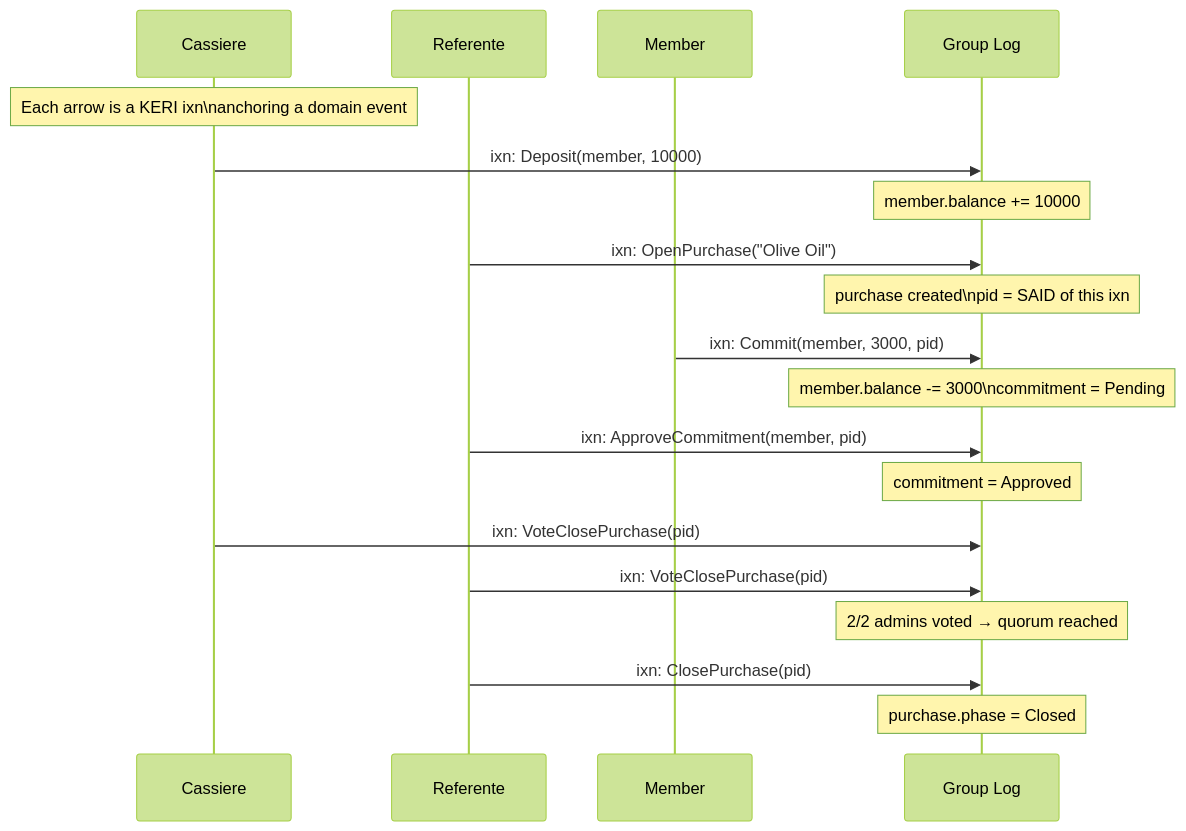
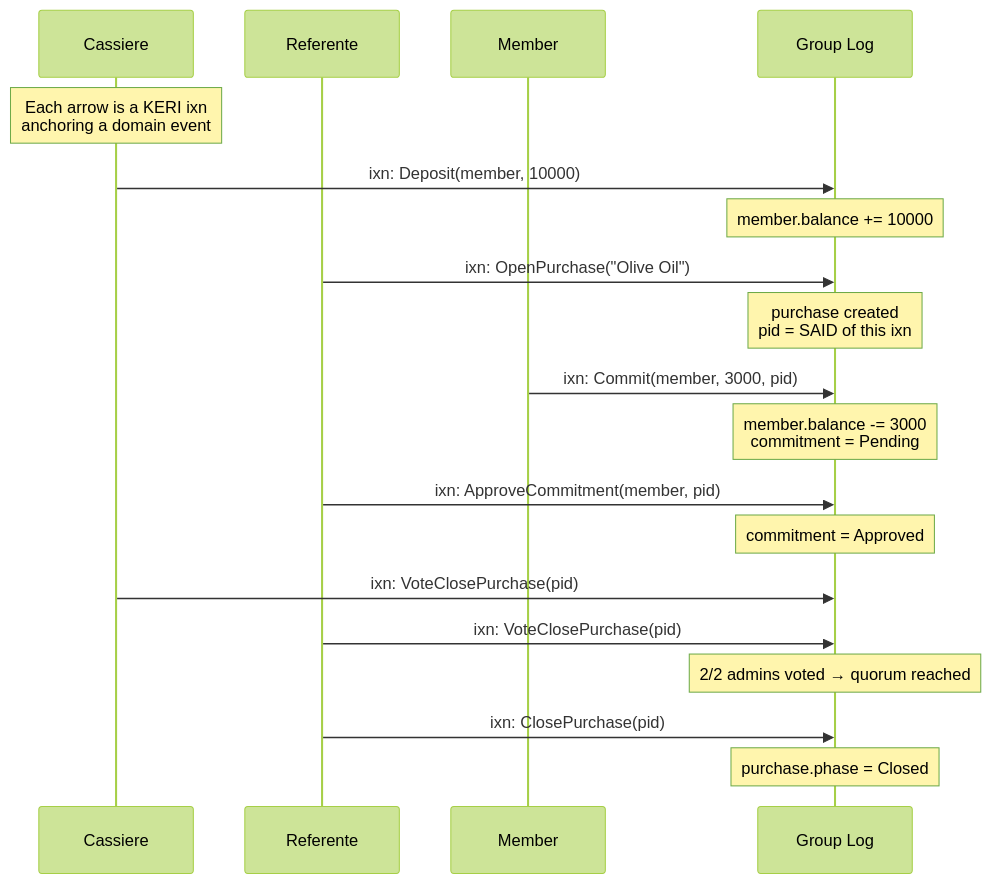
Before and after one commit to paolino/keri-coop: the eighth of 9 diagrams in docs/docs/keri-integration.md, drawn with Mermaid (forest theme). The commit also changed other lines of this file and 10 other files, not shown here.

````diff
--- a/docs/docs/keri-integration.md
+++ b/docs/docs/keri-integration.md
@@ -234,28 +234,28 @@
 ```mermaid
 sequenceDiagram
     participant Cas as Cassiere
     participant Ref as Referente
     participant Mem as Member
     participant Log as Group Log
 
-    Note over Cas: Each arrow is a KERI ixn\nanchoring a domain event
+    Note over Cas: Each arrow is a KERI ixn<br>anchoring a domain event
 
     Cas->>Log: ixn: Deposit(member, 10000)
     Note over Log: member.balance += 10000
 
     Ref->>Log: ixn: OpenPurchase("Olive Oil")
-    Note over Log: purchase created\npid = SAID of this ixn
+    Note over Log: purchase created<br>pid = SAID of this ixn
 
     Mem->>Log: ixn: Commit(member, 3000, pid)
-    Note over Log: member.balance -= 3000\ncommitment = Pending
+    Note over Log: member.balance -= 3000<br>commitment = Pending
 
     Ref->>Log: ixn: ApproveCommitment(member, pid)
     Note over Log: commitment = Approved
 
     Cas->>Log: ixn: VoteClosePurchase(pid)
     Ref->>Log: ixn: VoteClosePurchase(pid)
     Note over Log: 2/2 admins voted → quorum reached
 
     Ref->>Log: ixn: ClosePurchase(pid)
     Note over Log: purchase.phase = Closed
 ```
````
